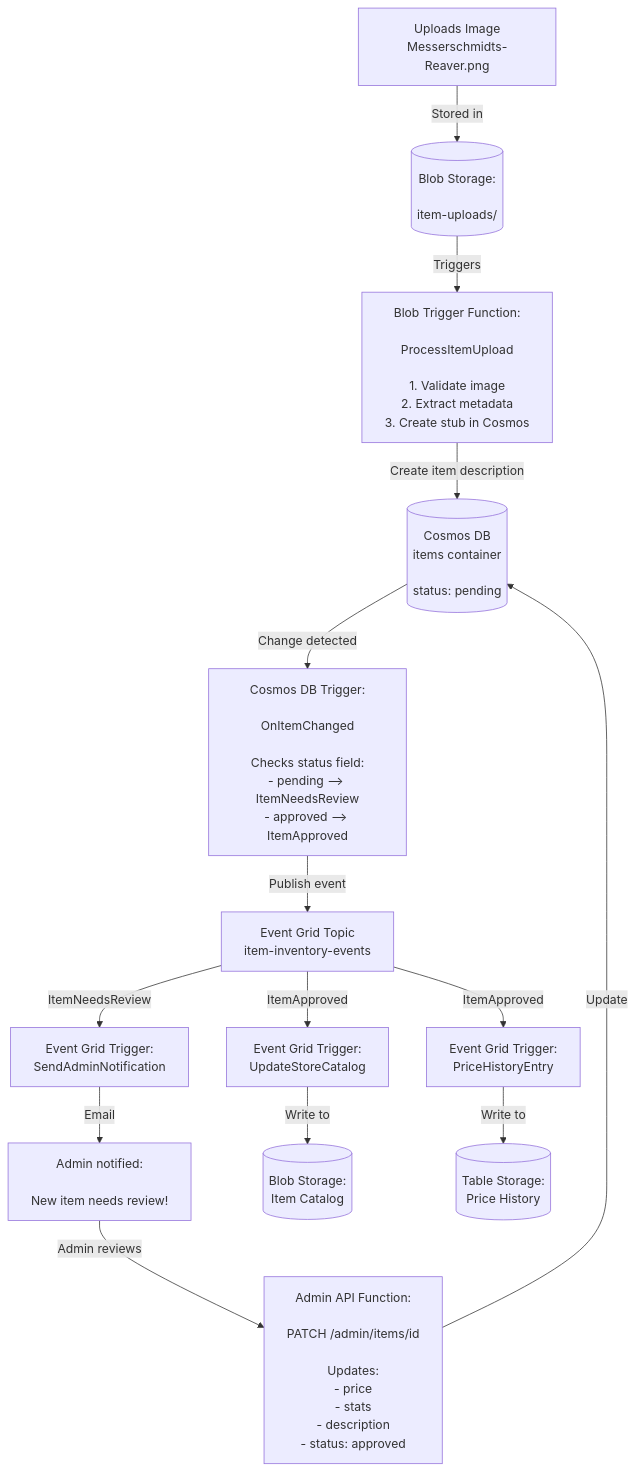
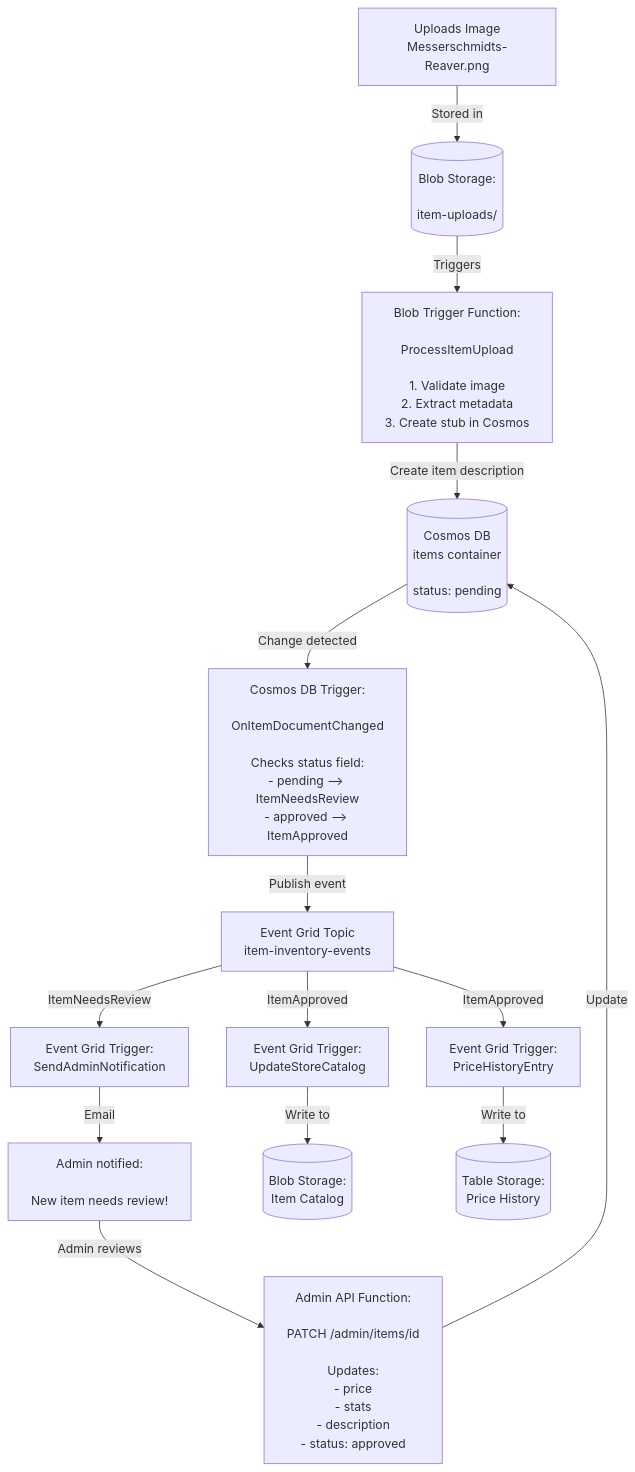
One commit to gruvedrift/azure-functions changed the fourth of 4 diagrams in 3-Event-Driven-Data-Processing/README.md. Above: the diagram before and after it, drawn with Mermaid. The commit also changed other lines of this file and 6 other files, not shown here.

````diff
--- a/3-Event-Driven-Data-Processing/README.md
+++ b/3-Event-Driven-Data-Processing/README.md
@@ -136,22 +136,22 @@
 ```mermaid
 graph TD
     Upload[Uploads Image<br/>Messerschmidts-Reaver.png]
     Upload -->|Stored in| BlobStorage[(Blob Storage:</br><br/>item-uploads/)]
     BlobStorage -->|Triggers| BlobTrigger[Blob Trigger Function:</br><br/>ProcessItemUpload<br/><br/>1. Validate image<br/>2. Extract metadata<br/>3. Create stub in Cosmos]
     BlobTrigger -->|Create item description| CosmosDB[(Cosmos DB<br/>items container<br/><br/>status: pending)]
-    CosmosDB -->|Change detected| CosmosTrigger[Cosmos DB Trigger:</br><br/>OnItemChanged<br/><br/>Checks status field:<br/>- pending --> ItemNeedsReview<br/>- approved --> ItemApproved]
+    CosmosDB -->|Change detected| CosmosTrigger[Cosmos DB Trigger:</br><br/>OnItemDocumentChanged<br/><br/>Checks status field:<br/>- pending --> ItemNeedsReview<br/>- approved --> ItemApproved]
 
     CosmosTrigger -->|Publish event| EventGrid[Event Grid Topic<br/>item-inventory-events]
     EventGrid -->|ItemNeedsReview|NotifyAdmin[Event Grid Trigger:<br/>SendAdminNotification]
     NotifyAdmin -->|Email|AdminEmail[Admin notified:</br><br/>New item needs review!]
 
     AdminEmail -->|Admin reviews|AdminAPI[Admin API Function:</br><br/>PATCH /admin/items/id<br/><br/>Updates:<br/>- price<br/>- stats<br/>- description<br/>- status: approved]
     AdminAPI -->|Update|CosmosDB
 
 %% Add item to store catalog 
     EventGrid -->|ItemApproved|StoreCatalog[Event Grid Trigger:<br/>UpdateStoreCatalog]
     EventGrid -->|ItemApproved|PriceTable[Event Grid Trigger:<br/>PriceHistoryEntry]
 
     StoreCatalog -->|Write to|StoreCatalogBlob[(Blob Storage:<br/>Item Catalog)]
     PriceTable -->|Write to|PriceHistoryTable[(Table Storage:<br/>Price History)]
 ```
````
